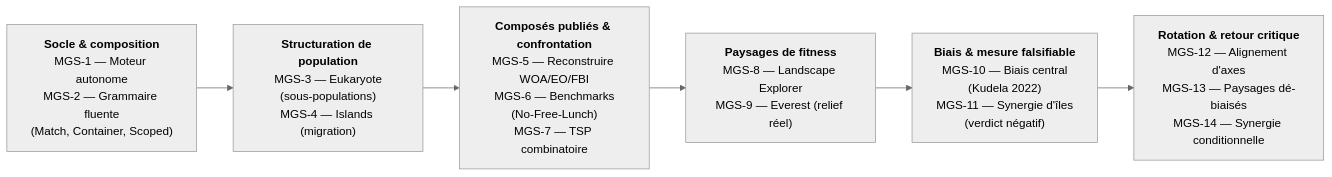
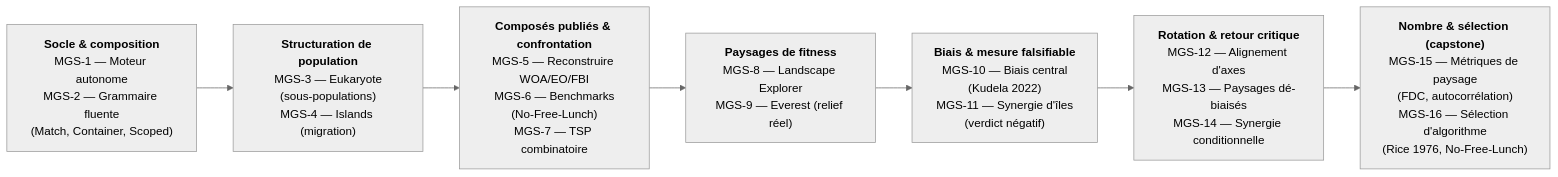
The diagram in MyIA.AI.Notebooks/Search/Part4-Metaheuristics/README.md (jsboige/CoursIA), drawn with Mermaid (neutral theme) before and after one commit. The commit also changed other lines of this file, not shown here.

First line of the commit message:
docs(mgs): README Part4 — MGS-16 capstone row, parcours, Mermaid W7, Rice ref

````diff
--- a/MyIA.AI.Notebooks/Search/Part4-Metaheuristics/README.md
+++ b/MyIA.AI.Notebooks/Search/Part4-Metaheuristics/README.md
@@ -64,10 +65,11 @@
 ```mermaid
 flowchart LR
     W1["<b>Socle &amp; composition</b><br/>MGS-1 — Moteur autonome<br/>MGS-2 — Grammaire fluente<br/>(Match, Container, Scoped)"]
     W2["<b>Structuration de population</b><br/>MGS-3 — Eukaryote<br/>(sous-populations)<br/>MGS-4 — Islands (migration)"]
     W3["<b>Composés publiés &amp; confrontation</b><br/>MGS-5 — Reconstruire WOA/EO/FBI<br/>MGS-6 — Benchmarks<br/>(No-Free-Lunch)<br/>MGS-7 — TSP combinatoire"]
     W4["<b>Paysages de fitness</b><br/>MGS-8 — Landscape Explorer<br/>MGS-9 — Everest (relief réel)"]
     W5["<b>Biais &amp; mesure falsifiable</b><br/>MGS-10 — Biais central<br/>(Kudela 2022)<br/>MGS-11 — Synergie d'îles<br/>(verdict négatif)"]
     W6["<b>Rotation &amp; retour critique</b><br/>MGS-12 — Alignement d'axes<br/>MGS-13 — Paysages dé-biaisés<br/>MGS-14 — Synergie conditionnelle"]
-    W1 --> W2 --> W3 --> W4 --> W5 --> W6
+    W7["<b>Nombre &amp; sélection (capstone)</b><br/>MGS-15 — Métriques de paysage<br/>(FDC, autocorrélation)<br/>MGS-16 — Sélection d'algorithme<br/>(Rice 1976, No-Free-Lunch)"]
+    W1 --> W2 --> W3 --> W4 --> W5 --> W6 --> W7
 ```
````
